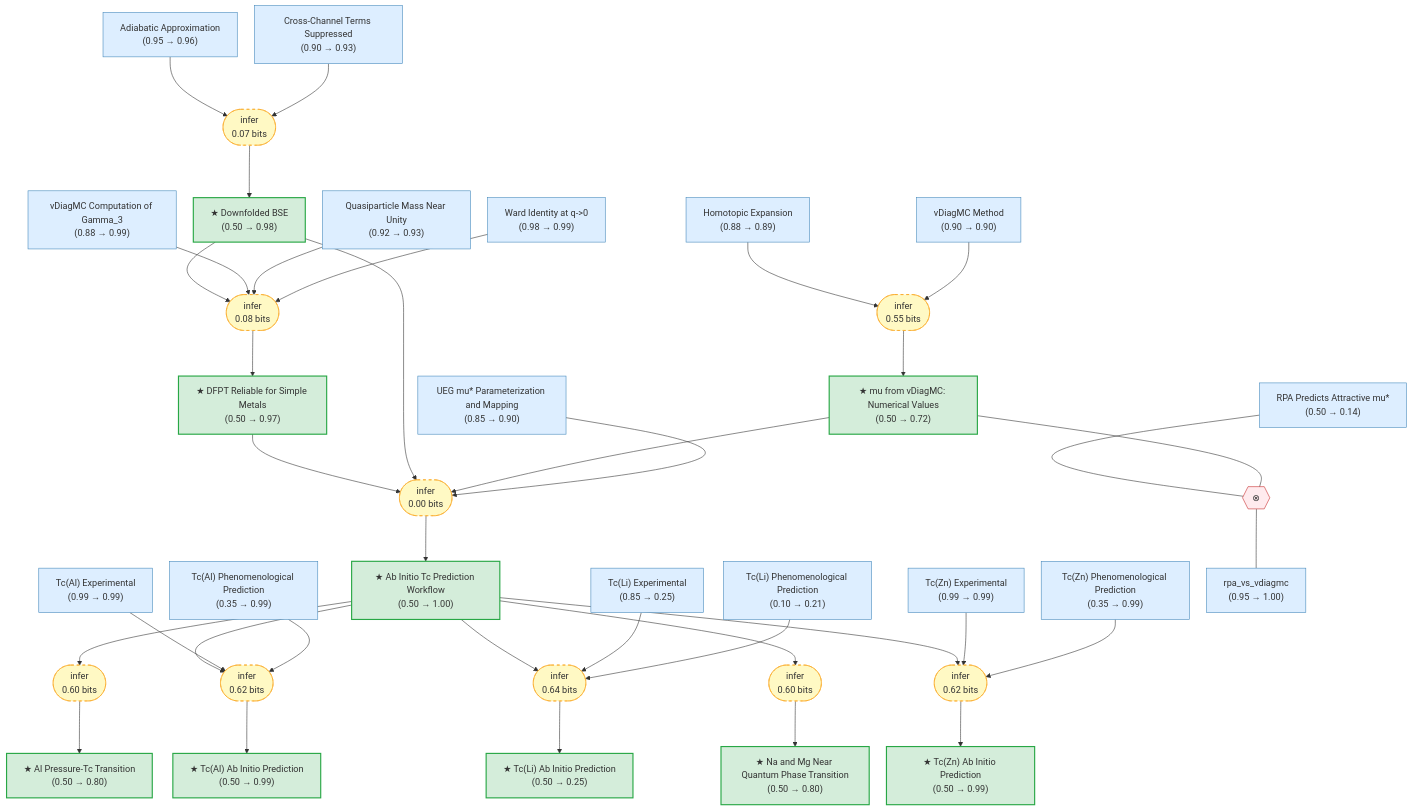
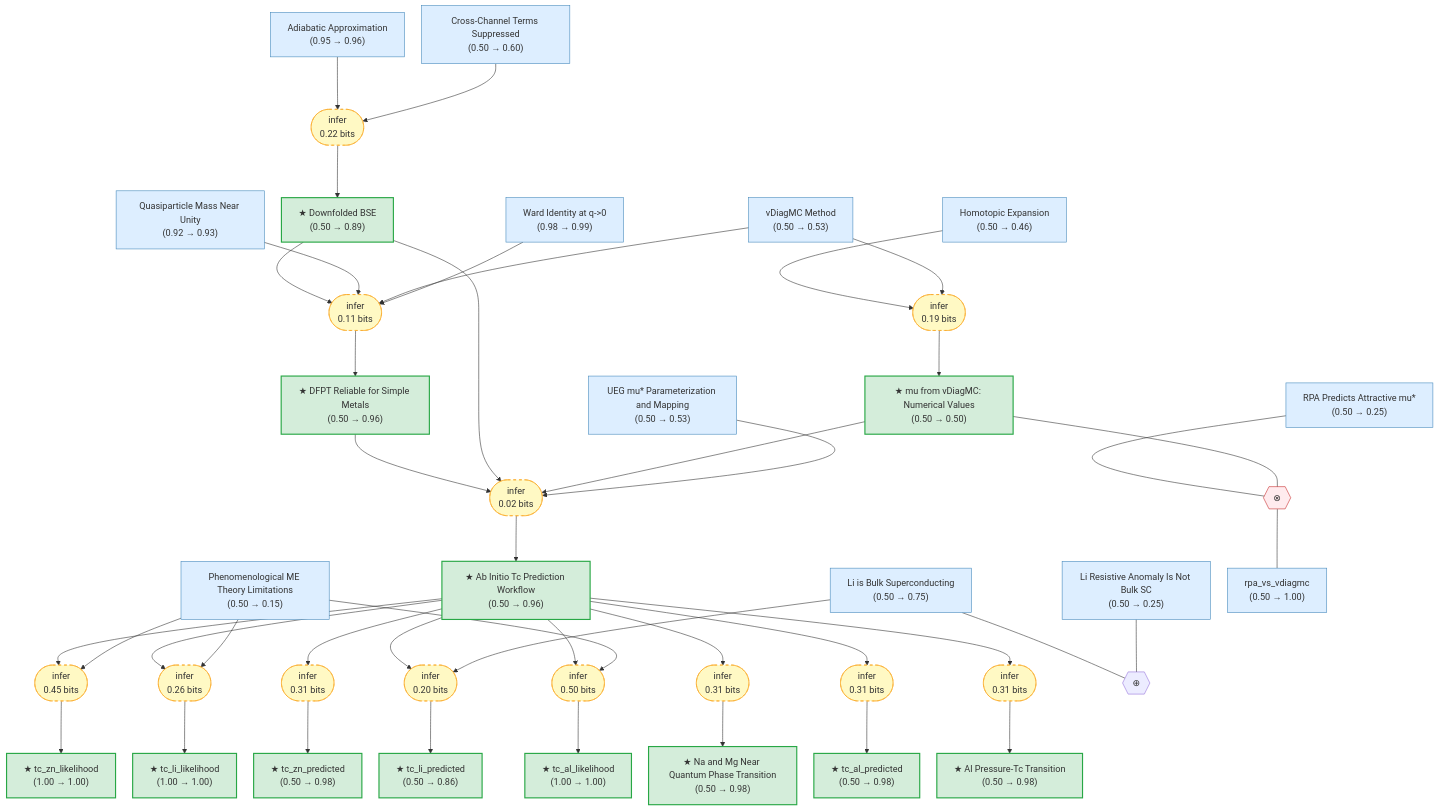
The diagram in README.md (kunyuan/SuperconductivityElectronLiquids.gaia), drawn with Mermaid before and after one commit. The commit also changed other lines of this file and 46 other files, not shown here.

```diff
--- a/README.md
+++ b/README.md
@@ -27,75 +27,84 @@
 ---
 graph TB
     adiabatic_approx["Adiabatic Approximation\n(0.95 → 0.96)"]:::premise
-    tc_al_experimental["Tc(Al) Experimental\n(0.99 → 0.99)"]:::premise
-    tc_li_experimental["Tc(Li) Experimental\n(0.85 → 0.25)"]:::premise
-    tc_zn_experimental["Tc(Zn) Experimental\n(0.99 → 0.99)"]:::premise
-    tc_al_phenomenological["Tc(Al) Phenomenological Prediction\n(0.35 → 0.99)"]:::premise
-    tc_li_phenomenological["Tc(Li) Phenomenological Prediction\n(0.10 → 0.21)"]:::premise
-    tc_zn_phenomenological["Tc(Zn) Phenomenological Prediction\n(0.35 → 0.99)"]:::premise
-    cross_term_suppressed["Cross-Channel Terms Suppressed\n(0.90 → 0.93)"]:::premise
-    downfolded_bse["★ Downfolded BSE\n(0.50 → 0.98)"]:::exported
-    vdiagmc_method["vDiagMC Method\n(0.90 → 0.90)"]:::premise
-    homotopic_expansion["Homotopic Expansion\n(0.88 → 0.89)"]:::premise
-    mu_vdiagmc_values["★ mu from vDiagMC: Numerical Values\n(0.50 → 0.72)"]:::exported
+    phenomenological_me_theory["Phenomenological ME Theory Limitations\n(0.50 → 0.15)"]:::premise
+    li_is_superconducting["Li is Bulk Superconducting\n(0.50 → 0.75)"]:::premise
+    cross_term_suppressed["Cross-Channel Terms Suppressed\n(0.50 → 0.60)"]:::premise
+    downfolded_bse["★ Downfolded BSE\n(0.50 → 0.89)"]:::exported
+    vdiagmc_method["vDiagMC Method\n(0.50 → 0.53)"]:::premise
+    homotopic_expansion["Homotopic Expansion\n(0.50 → 0.46)"]:::premise
+    mu_vdiagmc_values["★ mu from vDiagMC: Numerical Values\n(0.50 → 0.50)"]:::exported
     ward_identity["Ward Identity at q->0\n(0.98 → 0.99)"]:::premise
-    gamma3_vdiagmc["vDiagMC Computation of Gamma_3\n(0.88 → 0.99)"]:::premise
     quasiparticle_mass_near_unity["Quasiparticle Mass Near Unity\n(0.92 → 0.93)"]:::premise
-    dfpt_reliable_for_simple_metals["★ DFPT Reliable for Simple Metals\n(0.50 → 0.97)"]:::exported
-    ueg_pseudopotential_parameterization["UEG mu#ast; Parameterization and Mapping\n(0.85 → 0.90)"]:::premise
-    ab_initio_workflow["★ Ab Initio Tc Prediction Workflow\n(0.50 → 1.00)"]:::exported
-    tc_al_predicted["★ Tc(Al) Ab Initio Prediction\n(0.50 → 0.99)"]:::exported
-    tc_zn_predicted["★ Tc(Zn) Ab Initio Prediction\n(0.50 → 0.99)"]:::exported
-    tc_li_predicted["★ Tc(Li) Ab Initio Prediction\n(0.50 → 0.25)"]:::exported
-    al_pressure_transition["★ Al Pressure-Tc Transition\n(0.50 → 0.80)"]:::exported
-    tc_mg_na_near_qpt["★ Na and Mg Near Quantum Phase Transition\n(0.50 → 0.80)"]:::exported
-    rpa_predicts_attractive_mu["RPA Predicts Attractive mu#ast;\n(0.50 → 0.14)"]:::premise
-    rpa_vs_vdiagmc["rpa_vs_vdiagmc\n(0.95 → 1.00)"]:::premise
-    strat_0(["infer\n0.60 bits"]):::weak
+    dfpt_reliable_for_simple_metals["★ DFPT Reliable for Simple Metals\n(0.50 → 0.96)"]:::exported
+    ueg_pseudopotential_parameterization["UEG mu#ast; Parameterization and Mapping\n(0.50 → 0.53)"]:::premise
+    ab_initio_workflow["★ Ab Initio Tc Prediction Workflow\n(0.50 → 0.96)"]:::exported
+    al_pressure_transition["★ Al Pressure-Tc Transition\n(0.50 → 0.98)"]:::exported
+    tc_mg_na_near_qpt["★ Na and Mg Near Quantum Phase Transition\n(0.50 → 0.98)"]:::exported
+    tc_al_predicted["★ tc_al_predicted\n(0.50 → 0.98)"]:::exported
+    tc_al_likelihood["★ tc_al_likelihood\n(1.00 → 1.00)"]:::exported
+    tc_zn_predicted["★ tc_zn_predicted\n(0.50 → 0.98)"]:::exported
+    tc_zn_likelihood["★ tc_zn_likelihood\n(1.00 → 1.00)"]:::exported
+    tc_li_predicted["★ tc_li_predicted\n(0.50 → 0.86)"]:::exported
+    tc_li_likelihood["★ tc_li_likelihood\n(1.00 → 1.00)"]:::exported
+    li_anomaly_not_sc["Li Resistive Anomaly Is Not Bulk SC\n(0.50 → 0.25)"]:::premise
+    rpa_vs_vdiagmc["rpa_vs_vdiagmc\n(0.50 → 1.00)"]:::premise
+    rpa_predicts_attractive_mu["RPA Predicts Attractive mu#ast;\n(0.50 → 0.25)"]:::premise
+    strat_0(["infer\n0.31 bits"]):::weak
     ab_initio_workflow --> strat_0
     strat_0 --> al_pressure_transition
-    strat_1(["infer\n0.62 bits"]):::weak
+    strat_1(["infer\n0.50 bits"]):::weak
     ab_initio_workflow --> strat_1
-    tc_al_experimental --> strat_1
-    tc_al_phenomenological --> strat_1
-    strat_1 --> tc_al_predicted
-    strat_2(["infer\n0.64 bits"]):::weak
+    phenomenological_me_theory --> strat_1
+    strat_1 --> tc_al_likelihood
+    strat_2(["infer\n0.31 bits"]):::weak
     ab_initio_workflow --> strat_2
-    tc_li_experimental --> strat_2
-    tc_li_phenomenological --> strat_2
-    strat_2 --> tc_li_predicted
-    strat_3(["infer\n0.60 bits"]):::weak
+    strat_2 --> tc_al_predicted
+    strat_3(["infer\n0.26 bits"]):::weak
     ab_initio_workflow --> strat_3
-    strat_3 --> tc_mg_na_near_qpt
-    strat_4(["infer\n0.62 bits"]):::weak
+    phenomenological_me_theory --> strat_3
+    strat_3 --> tc_li_likelihood
+    strat_4(["infer\n0.20 bits"]):::weak
     ab_initio_workflow --> strat_4
-    tc_zn_experimental --> strat_4
-    tc_zn_phenomenological --> strat_4
-    strat_4 --> tc_zn_predicted
-    strat_5(["infer\n0.07 bits"]):::weak
-    adiabatic_approx --> strat_5
-    cross_term_suppressed --> strat_5
-    strat_5 --> downfolded_bse
-    strat_6(["infer\n0.00 bits"]):::weak
-    dfpt_reliable_for_simple_metals --> strat_6
-    downfolded_bse --> strat_6
-    mu_vdiagmc_values --> strat_6
-    ueg_pseudopotential_parameterization --> strat_6
-    strat_6 --> ab_initio_workflow
-    strat_7(["infer\n0.08 bits"]):::weak
-    downfolded_bse --> strat_7
-    gamma3_vdiagmc --> strat_7
-    quasiparticle_mass_near_unity --> strat_7
-    ward_identity --> strat_7
-    strat_7 --> dfpt_reliable_for_simple_metals
-    strat_8(["infer\n0.55 bits"]):::weak
-    homotopic_expansion --> strat_8
-    vdiagmc_method --> strat_8
-    strat_8 --> mu_vdiagmc_values
-    oper_0{{"⊗"}}:::contra
-    rpa_predicts_attractive_mu --- oper_0
-    mu_vdiagmc_values --- oper_0
-    oper_0 --- rpa_vs_vdiagmc
+    li_is_superconducting --> strat_4
+    strat_4 --> tc_li_predicted
+    strat_5(["infer\n0.31 bits"]):::weak
+    ab_initio_workflow --> strat_5
+    strat_5 --> tc_mg_na_near_qpt
+    strat_6(["infer\n0.45 bits"]):::weak
+    ab_initio_workflow --> strat_6
+    phenomenological_me_theory --> strat_6
+    strat_6 --> tc_zn_likelihood
+    strat_7(["infer\n0.31 bits"]):::weak
+    ab_initio_workflow --> strat_7
+    strat_7 --> tc_zn_predicted
+    strat_8(["infer\n0.22 bits"]):::weak
+    adiabatic_approx --> strat_8
+    cross_term_suppressed --> strat_8
+    strat_8 --> downfolded_bse
+    strat_9(["infer\n0.02 bits"]):::weak
+    dfpt_reliable_for_simple_metals --> strat_9
+    downfolded_bse --> strat_9
+    mu_vdiagmc_values --> strat_9
+    ueg_pseudopotential_parameterization --> strat_9
+    strat_9 --> ab_initio_workflow
+    strat_10(["infer\n0.11 bits"]):::weak
+    downfolded_bse --> strat_10
+    quasiparticle_mass_near_unity --> strat_10
+    vdiagmc_method --> strat_10
+    ward_identity --> strat_10
+    strat_10 --> dfpt_reliable_for_simple_metals
+    strat_11(["infer\n0.19 bits"]):::weak
+    homotopic_expansion --> strat_11
+    vdiagmc_method --> strat_11
+    strat_11 --> mu_vdiagmc_values
+    oper_0{{"⊕"}}
+    li_is_superconducting --- oper_0
+    li_anomaly_not_sc --- oper_0
+    oper_1{{"⊗"}}:::contra
+    rpa_predicts_attractive_mu --- oper_1
+    mu_vdiagmc_values --- oper_1
+    oper_1 --- rpa_vs_vdiagmc
 
     classDef premise fill:#ddeeff,stroke:#4488bb,color:#333
     classDef exported fill:#d4edda,stroke:#28a745,stroke-width:2px,color:#333
```
